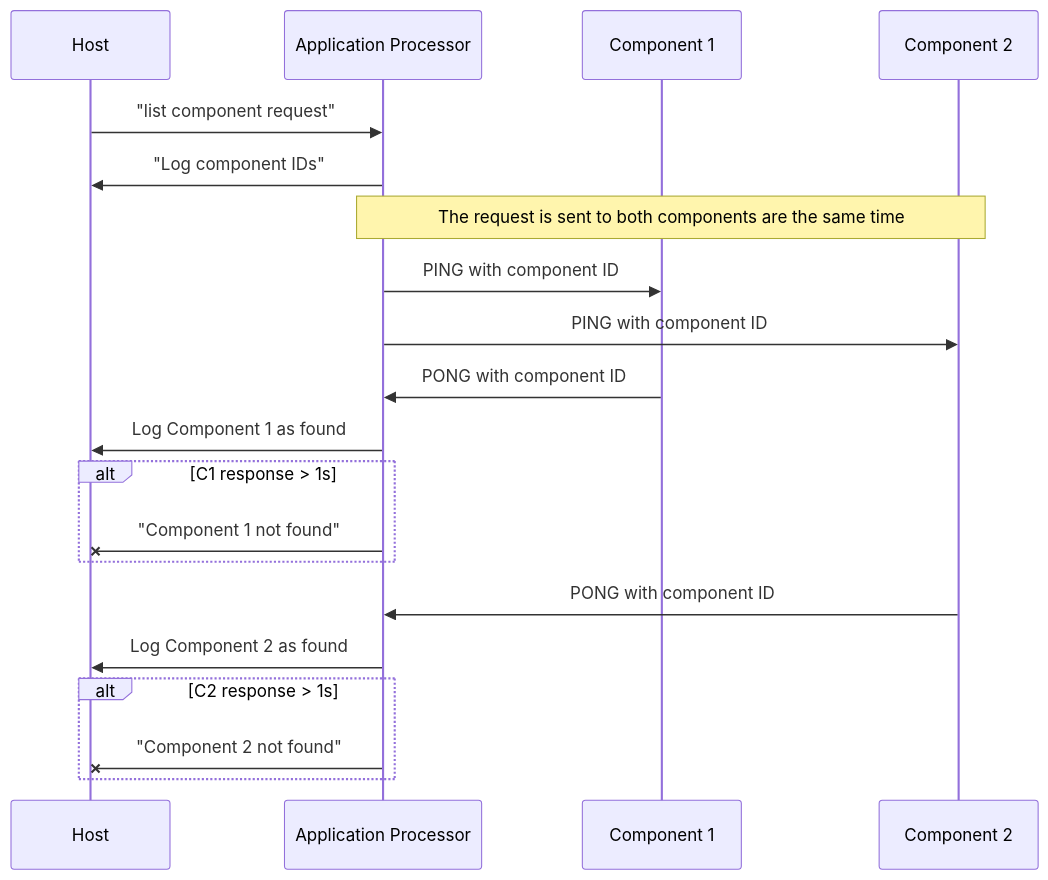
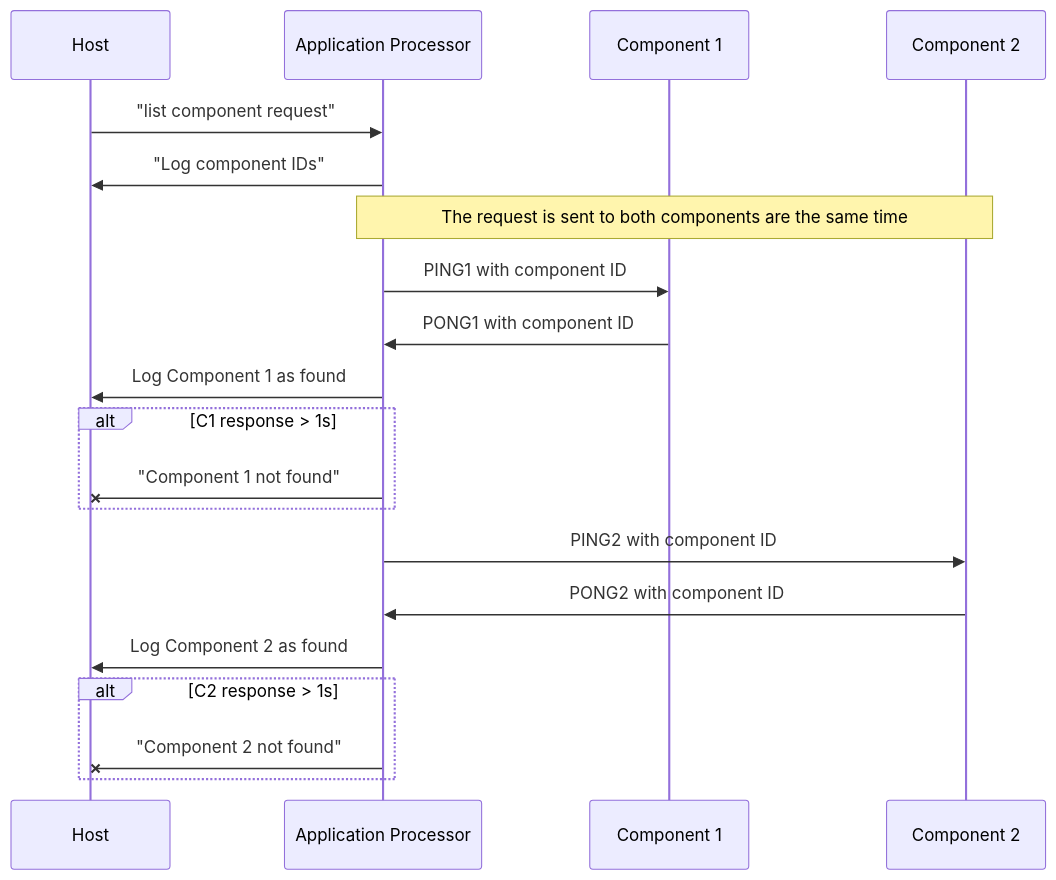
The first of 4 diagrams in docs/misc_protocol.md (sigpwny/2024-ectf-uiuc), drawn with Mermaid before and after one commit. The commit also changed other lines of this file, not shown here.

Commit message:
Updated list component documentation

````diff
--- a/docs/misc_protocol.md
+++ b/docs/misc_protocol.md
@@ -11,22 +14,24 @@
 ```mermaid
 sequenceDiagram
   participant H as Host
   participant AP as Application Processor
   participant C1 as Component 1
   participant C2 as Component 2
   H ->> AP: "list component request"
   AP ->> H: "Log component IDs"
   Note over AP, C2: The request is sent to both components are the same time
-  AP ->> C1: PING with component ID
-  AP ->> C2: PING with component ID
-  C1 ->> AP: PONG with component ID
+  AP ->> C1: PING1 with component ID
+  C1 ->> AP: PONG1 with component ID
+  
+ 
   AP ->> H: Log Component 1 as found
   alt C1 response > 1s
     AP -x H: "Component 1 not found"
   end
-  C2 ->> AP: PONG with component ID
+  AP ->> C2: PING2 with component ID
+  C2 ->> AP: PONG2 with component ID
   AP ->> H: Log Component 2 as found
   alt C2 response > 1s
     AP -x H: "Component 2 not found"
   end
 ```
````
